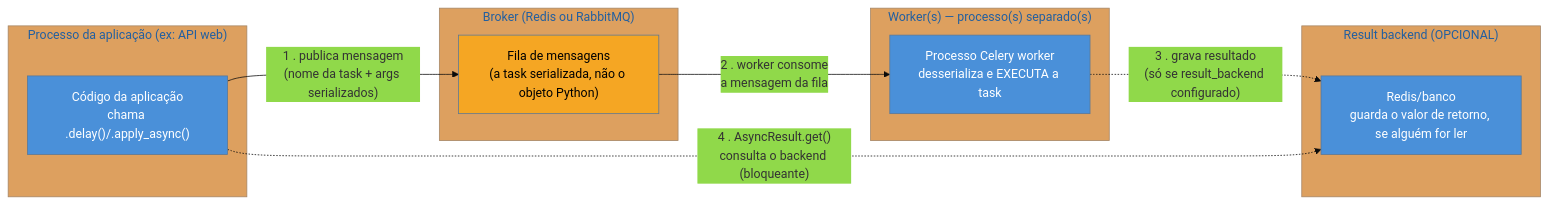
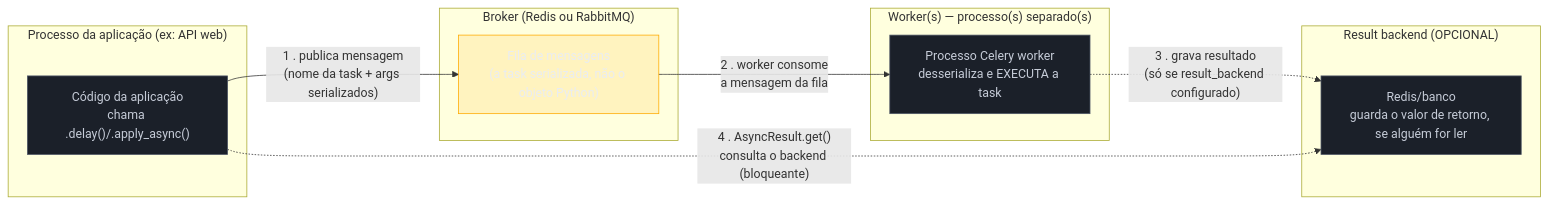
The first of 2 diagrams in 03-Dominios/Tecnologia/Python/Mensageria/02 - Celery fundamentos — broker, worker e tasks.md (josenaldo/codex-technomanticus), drawn with Mermaid before and after one commit. The commit also changed other lines of this file and 1181 other files, not shown here.

First line of the commit message:
fix(diagramas): paleta do sistema no lugar de cor cravada no markdown

````diff
--- a/03-Dominios/Tecnologia/Python/Mensageria/02 - Celery fundamentos — broker, worker e tasks.md
+++ b/03-Dominios/Tecnologia/Python/Mensageria/02 - Celery fundamentos — broker, worker e tasks.md
@@ -68,29 +68,30 @@
 ```mermaid
-%%{init: {"theme": "base", "themeVariables": {"primaryColor": "#4A90D9"}}}%%
 graph LR
+    classDef neutro fill:#1B2029,stroke:#4E5666,color:#C6CCD8
+    classDef destaque fill:#FFAA0024,stroke:#FFAA00,color:#E9ECF2
     subgraph P1["Processo da aplicação (ex: API web)"]
         A["Código da aplicação<br/>chama .delay()/.apply_async()"]
     end
 
     subgraph P2["Broker (Redis ou RabbitMQ)"]
         B["Fila de mensagens<br/>(a task serializada, não o objeto Python)"]
     end
 
     subgraph P3["Worker(s) — processo(s) separado(s)"]
         W["Processo Celery worker<br/>desserializa e EXECUTA a task"]
     end
 
     subgraph P4["Result backend (OPCIONAL)"]
         R["Redis/banco<br/>guarda o valor de retorno, se alguém for ler"]
     end
 
     A -->|"1 . publica mensagem<br/>(nome da task + args serializados)"| B
     B -->|"2 . worker consome<br/>a mensagem da fila"| W
     W -.->|"3 . grava resultado<br/>(só se result_backend configurado)"| R
     A -.->|"4 . AsyncResult.get()<br/>consulta o backend (bloqueante)"| R
 
-    style A fill:#4A90D9,color:#fff
-    style W fill:#4A90D9,color:#fff
-    style B fill:#F5A623,color:#000
-    style R fill:#4A90D9,color:#fff
+    class A neutro
+    class W neutro
+    class B destaque
+    class R neutro
 ```
````
